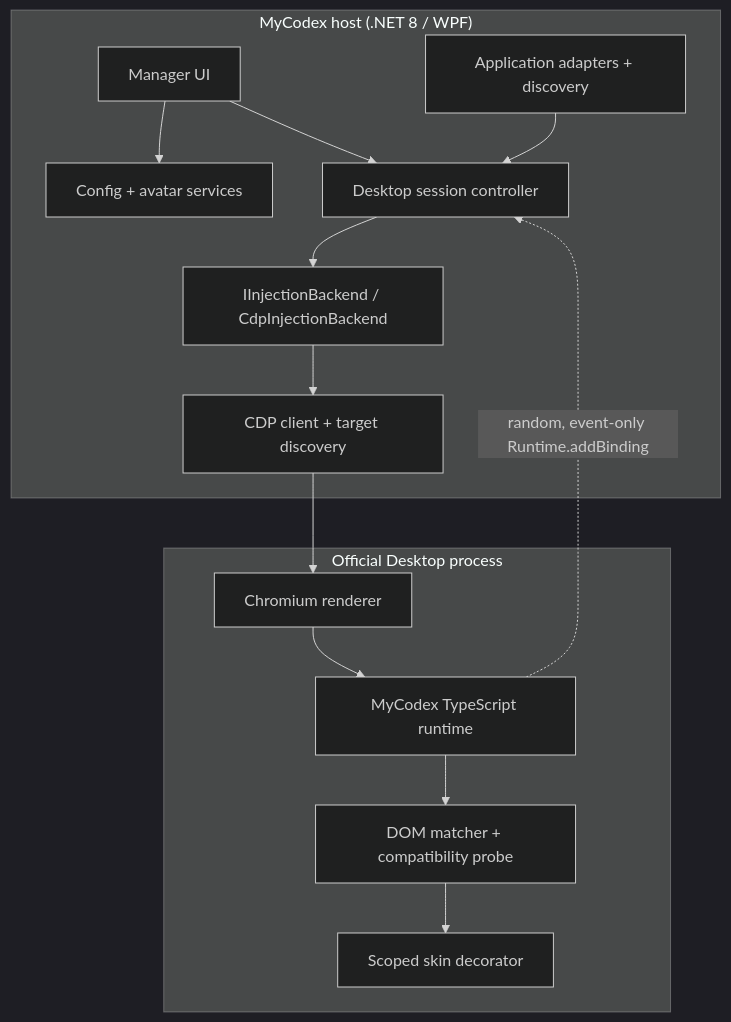
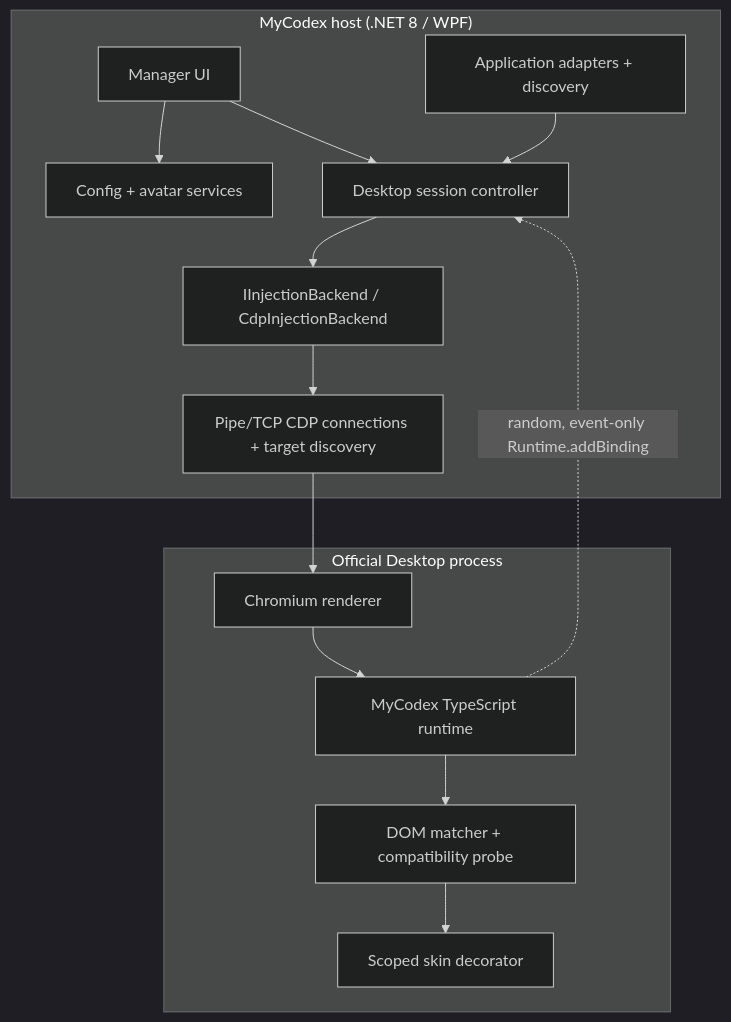
The diagram in docs/architecture.md (crikok0721/MyCO), drawn with Mermaid (dark theme) before and after one commit. The commit also changed other lines of this file and 59 other files, not shown here.

````diff
--- a/docs/architecture.md
+++ b/docs/architecture.md
@@ -11,27 +11,27 @@
 ```mermaid
 flowchart TB
   subgraph Host["MyCodex host (.NET 8 / WPF)"]
     UI["Manager UI"]
     CFG["Config + avatar services"]
     APP["Application adapters + discovery"]
     SESSION["Desktop session controller"]
     BACKEND["IInjectionBackend / CdpInjectionBackend"]
-    CDP["CDP client + target discovery"]
+    CDP["Pipe/TCP CDP connections + target discovery"]
   end
   subgraph Desktop["Official Desktop process"]
     PAGE["Chromium renderer"]
     RT["MyCodex TypeScript runtime"]
     MATCH["DOM matcher + compatibility probe"]
     SKIN["Scoped skin decorator"]
   end
   UI --> CFG
   UI --> SESSION
   APP --> SESSION
   SESSION --> BACKEND
   BACKEND --> CDP
   CDP --> PAGE
   PAGE --> RT
   RT --> MATCH
   MATCH --> SKIN
   RT -. "random, event-only Runtime.addBinding" .-> SESSION
 ```
````
